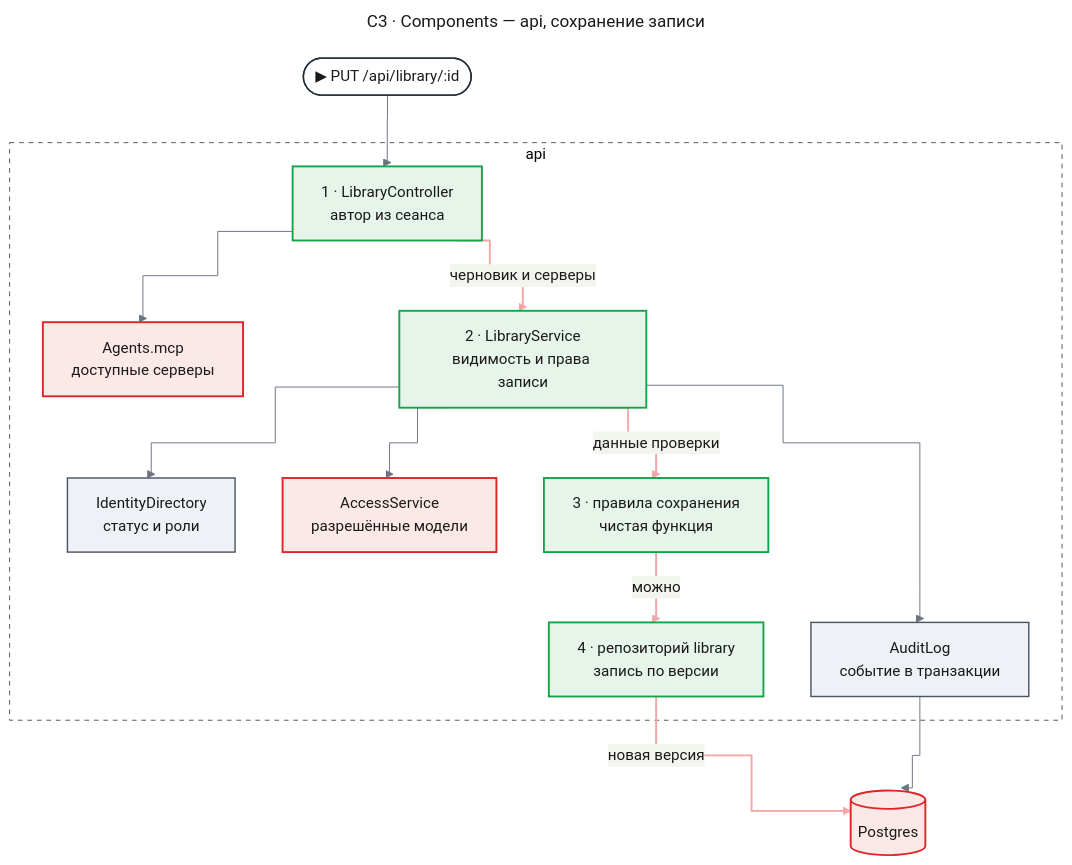
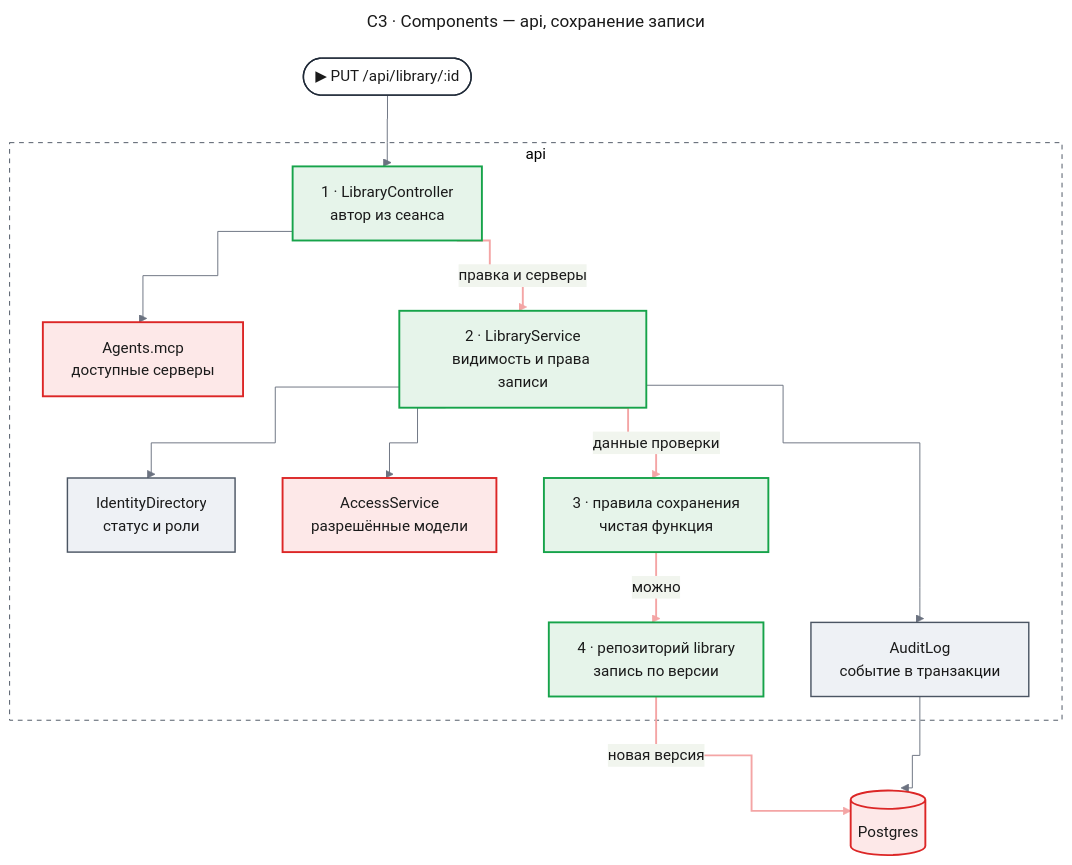
One commit to tundraray/agent-os changed the second of 10 diagrams in docs/features/custom-agents/design-library.md. Above: the diagram before and after it, drawn with Mermaid. The commit also changed other lines of this file and 1225 other files, not shown here.

````diff
--- a/docs/features/custom-agents/design-library.md
+++ b/docs/features/custom-agents/design-library.md
@@ -294,57 +287,57 @@
 ```mermaid
 ---
 title: "C3 · Components — api, сохранение записи"
 config:
   theme: base
   look: classic
   themeVariables:
     primaryColor: "#eef1f5"
     primaryBorderColor: "#4b5563"
     primaryTextColor: "#1a1a1a"
     lineColor: "#6b7280"
   flowchart:
     curve: step
   themeCSS: |
     @keyframes lit_c3w{0%,22.5%{stroke:#991b1b;stroke-width:6px}25%,100%{stroke:#f4a5a5;stroke-width:2px}}
 ---
 flowchart TB
     entry(["▶ PUT /api/library/:id"])
     subgraph apiw["api"]
         ctl["1 · LibraryController<br/>автор из сеанса"]
         mcp["Agents.mcp<br/>доступные серверы"]
         svc["2 · LibraryService<br/>видимость и права записи"]
         idn["IdentityDirectory<br/>статус и роли"]
         acc["AccessService<br/>разрешённые модели"]
         rules["3 · правила сохранения<br/>чистая функция"]
         repo["4 · репозиторий library<br/>запись по версии"]
         audit["AuditLog<br/>событие в транзакции"]
     end
     db[("Postgres")]
     entry --> ctl
     ctl --> mcp
-    ctl e1@-->|"черновик и серверы"| svc
+    ctl e1@-->|"правка и серверы"| svc
     svc --> idn
     svc --> acc
     svc e2@-->|"данные проверки"| rules
     rules e3@-->|"можно"| repo
     repo e4@-->|"новая версия"| db
     svc --> audit
     audit --> db
     classDef entry fill:#ffffff,stroke:#1f2937,stroke-width:1.5px,color:#1a1a1a
     classDef changed fill:#fde8e8,stroke:#dc2626,stroke-width:2px,color:#1a1a1a
     classDef new fill:#e6f4ea,stroke:#16a34a,stroke-width:2px,color:#1a1a1a
     classDef unchanged fill:#eef1f5,stroke:#4b5563,stroke-width:1.5px,color:#1a1a1a
     classDef w1 stroke:#f4a5a5,stroke-width:2px,animation:lit_c3w 4.8s linear 0s infinite
     classDef w2 stroke:#f4a5a5,stroke-width:2px,animation:lit_c3w 4.8s linear 1.2s infinite
     classDef w3 stroke:#f4a5a5,stroke-width:2px,animation:lit_c3w 4.8s linear 2.4s infinite
     classDef w4 stroke:#f4a5a5,stroke-width:2px,animation:lit_c3w 4.8s linear 3.6s infinite
     class entry entry
     class ctl,svc,rules,repo new
     class mcp,acc,db changed
     class idn,audit unchanged
     class e1 w1
     class e2 w2
     class e3 w3
     class e4 w4
     style apiw fill:none,stroke:#4b5563,stroke-dasharray:5 5
 ```
````
